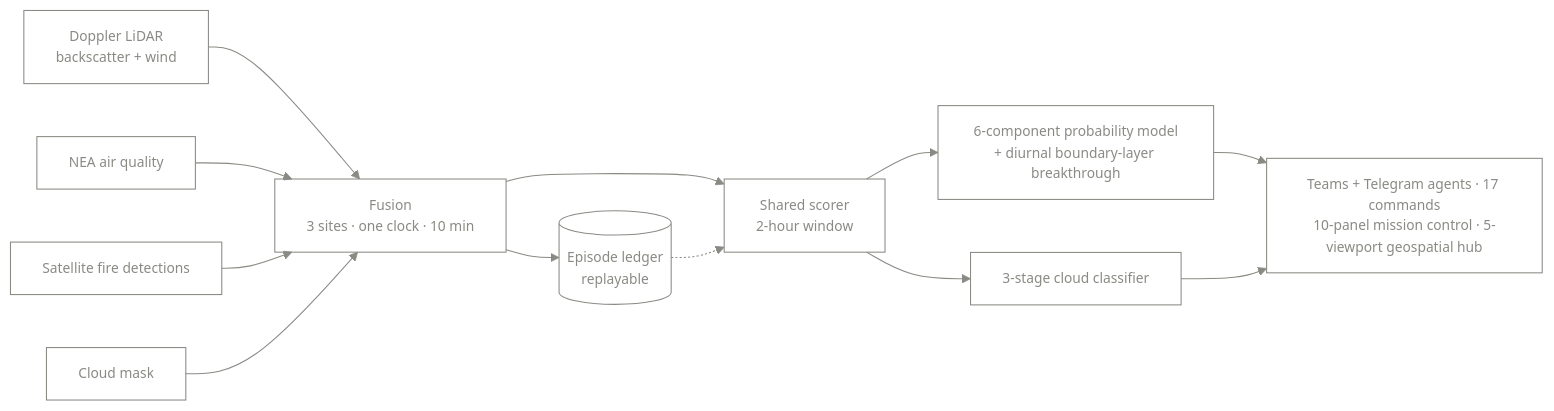
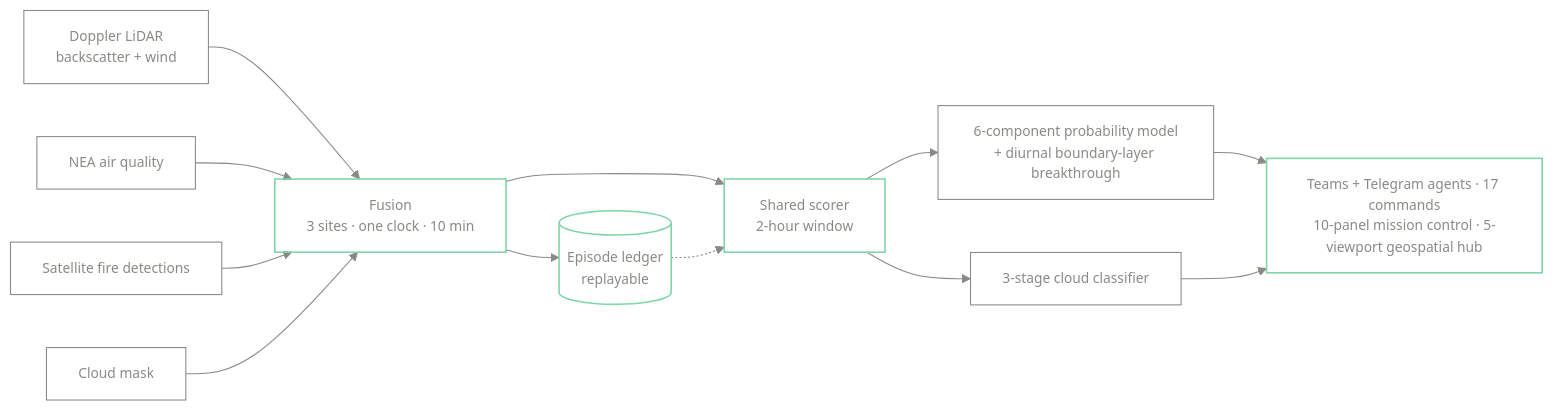
Before and after one commit to awvmeijer/awvmeijer: the diagram in README.md, drawn with Mermaid. The commit also changed 2 other files, not shown here.

Commit message:
Banner: bolder spectral point-field; mermaid: phosphor core nodes

````diff
--- a/README.md
+++ b/README.md
@@ -74,20 +74,25 @@
 ```mermaid
 %%{init:{'theme':'base','themeVariables':{'background':'transparent','primaryColor':'transparent','secondaryColor':'transparent','tertiaryColor':'transparent','primaryBorderColor':'#8a8a85','secondaryBorderColor':'#7fd6a8','tertiaryBorderColor':'#8a8a85','primaryTextColor':'#8a8a85','secondaryTextColor':'#7fd6a8','tertiaryTextColor':'#8a8a85','lineColor':'#8a8a85','fontSize':'13px'}}}%%
 flowchart LR
   L["Doppler LiDAR<br/>backscatter + wind"] --> FUSE
   AQ["NEA air quality"] --> FUSE
   FIRE["Satellite fire detections"] --> FUSE
   CLOUD["Cloud mask"] --> FUSE
 
   FUSE["Fusion<br/>3 sites · one clock · 10 min"] --> LEDGER[("Episode ledger<br/>replayable")]
   FUSE --> SCORE
 
   SCORE["Shared scorer<br/>2-hour window"] --> P["6-component probability model<br/>+ diurnal boundary-layer breakthrough"]
   SCORE --> C["3-stage cloud classifier"]
 
   P --> ACT
   C --> ACT
   ACT["Teams + Telegram agents · 17 commands<br/>10-panel mission control · 5-viewport geospatial hub"]
 
   LEDGER -.-> SCORE
+
+  style FUSE stroke:#7fd6a8,stroke-width:1.5px
+  style SCORE stroke:#7fd6a8,stroke-width:1.5px
+  style ACT stroke:#7fd6a8,stroke-width:1.5px
+  style LEDGER stroke:#7fd6a8,stroke-width:1.5px
 ```
````
